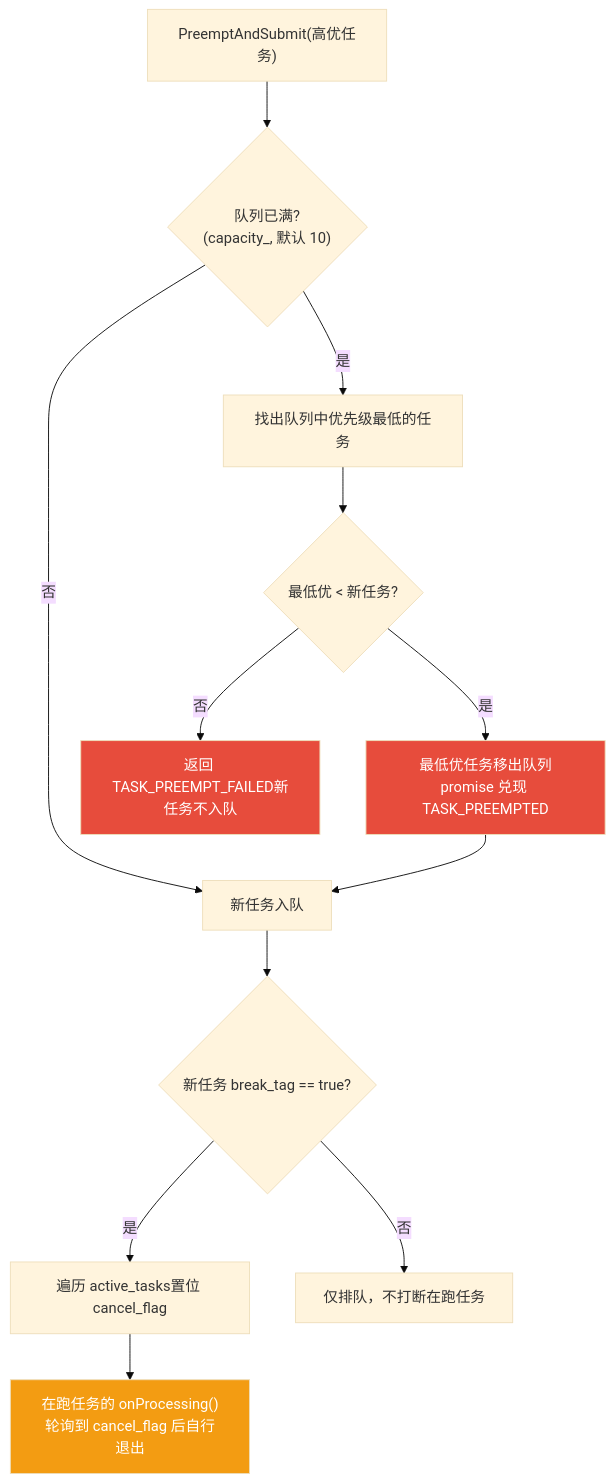
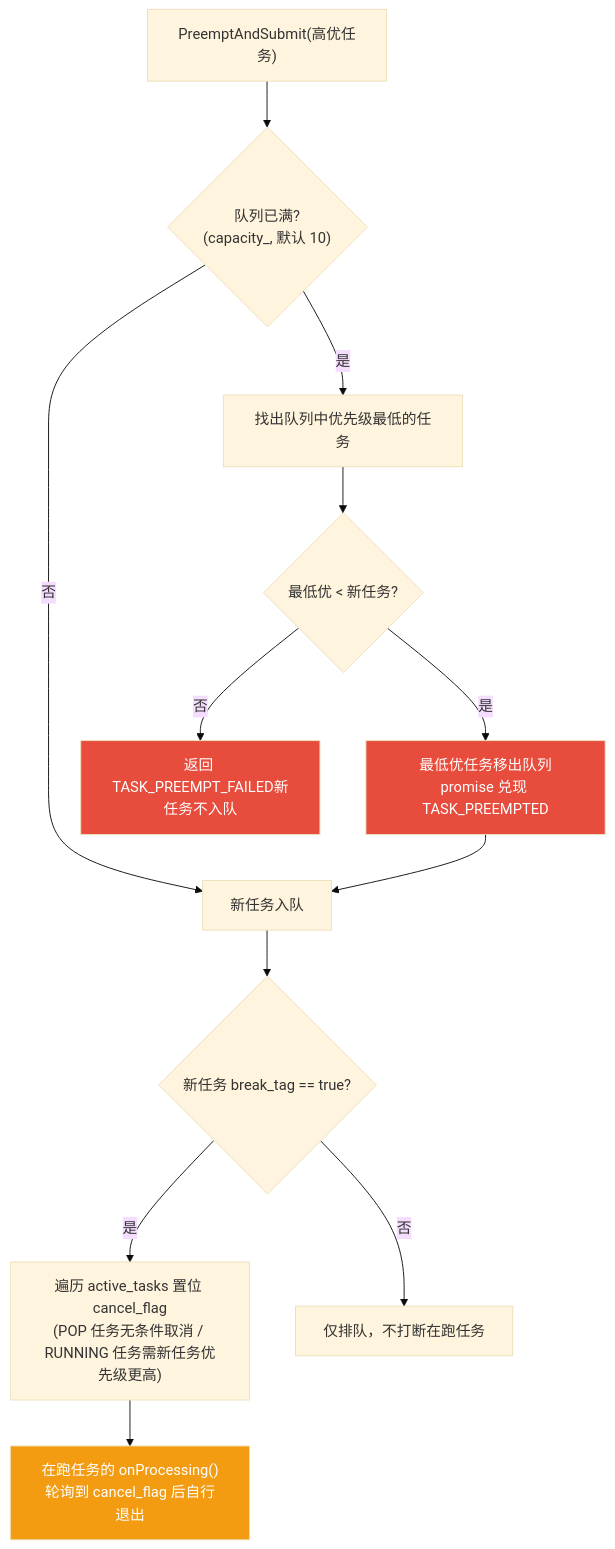
The fourth of 6 diagrams in cockpit/projects/agent-framework/agent-core.md (ranpin/edge-ai-docs), drawn with Mermaid (base theme) before and after one commit. The commit also changed other lines of this file and 1 other file, not shown here.

````diff
--- a/cockpit/projects/agent-framework/agent-core.md
+++ b/cockpit/projects/agent-framework/agent-core.md
@@ -348,18 +377,18 @@
 ```mermaid
 flowchart TD
     NEW["PreemptAndSubmit(高优任务)"] --> CHK{"队列已满?<br/>(capacity_, 默认 10)"}
     CHK -->|"否"| ENQ["新任务入队"]
     CHK -->|"是"| FIND["找出队列中优先级最低的任务"]
     FIND --> CMP{"最低优 < 新任务?"}
     CMP -->|"否"| REJ["返回 TASK_PREEMPT_FAILED新任务不入队"]
     CMP -->|"是"| DROP["最低优任务移出队列promise 兑现 TASK_PREEMPTED"]
     DROP --> ENQ
     ENQ --> TAG{"新任务 break_tag == true?"}
-    TAG -->|"是"| CANCEL["遍历 active_tasks置位 cancel_flag"]
+    TAG -->|"是"| CANCEL["遍历 active_tasks 置位 cancel_flag<br/>(POP 任务无条件取消 / RUNNING 任务需新任务优先级更高)"]
     TAG -->|"否"| WAIT["仅排队，不打断在跑任务"]
     CANCEL --> COOP["在跑任务的 onProcessing()轮询到 cancel_flag 后自行退出"]
 
     style DROP fill:#e74c3c,color:#fff
     style REJ fill:#e74c3c,color:#fff
     style COOP fill:#f39c12,color:#fff
 ```
````
